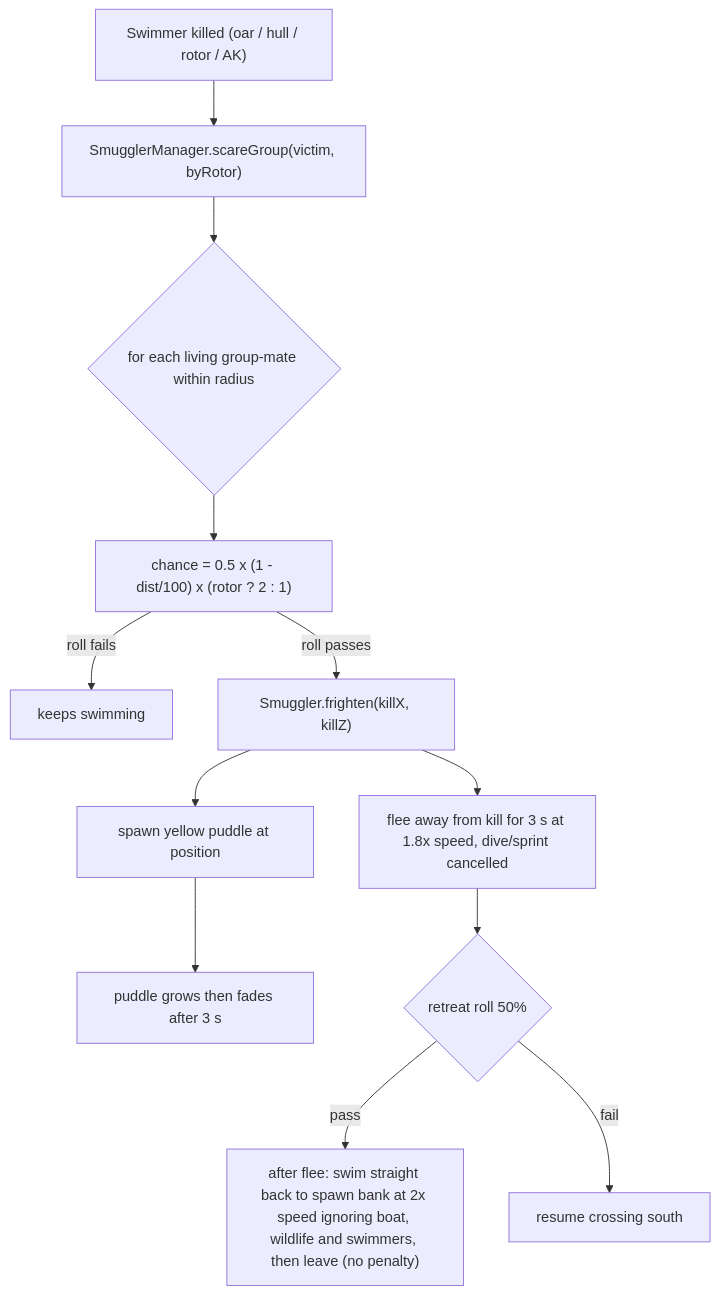
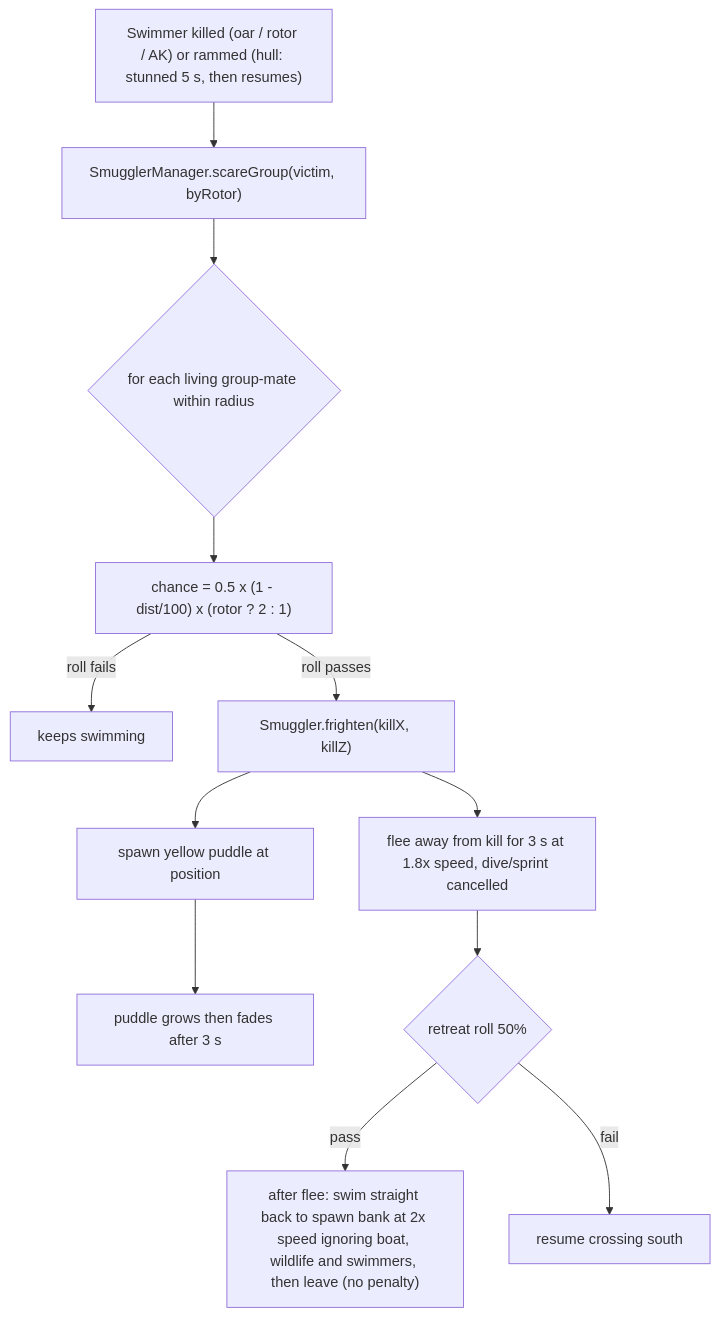
Before and after one commit to Protosnake/veslo: the diagram in docs/features/39-group-fright.md, drawn with Mermaid. The commit also changed other lines of this file and 4 other files, not shown here.

````diff
--- a/docs/features/39-group-fright.md
+++ b/docs/features/39-group-fright.md
@@ -5,14 +5,14 @@
 ```mermaid
 flowchart TD
-    A["Swimmer killed (oar / hull / rotor / AK)"] --> B["SmugglerManager.scareGroup(victim, byRotor)"]
+    A["Swimmer killed (oar / rotor / AK) or rammed (hull: stunned 5 s, then resumes)"] --> B["SmugglerManager.scareGroup(victim, byRotor)"]
     B --> C{"for each living group-mate within radius"}
     C --> D["chance = 0.5 x (1 - dist/100) x (rotor ? 2 : 1)"]
     D -->|roll fails| E["keeps swimming"]
     D -->|roll passes| F["Smuggler.frighten(killX, killZ)"]
     F --> G["spawn yellow puddle at position"]
     F --> H["flee away from kill for 3 s at 1.8x speed, dive/sprint cancelled"]
     G --> I["puddle grows then fades after 3 s"]
     H --> R{"retreat roll 50%"}
     R -->|pass| S["after flee: swim straight back to spawn bank at 2x speed ignoring boat, wildlife and swimmers, then leave (no penalty)"]
     R -->|fail| T["resume crossing south"]
 ```
````
